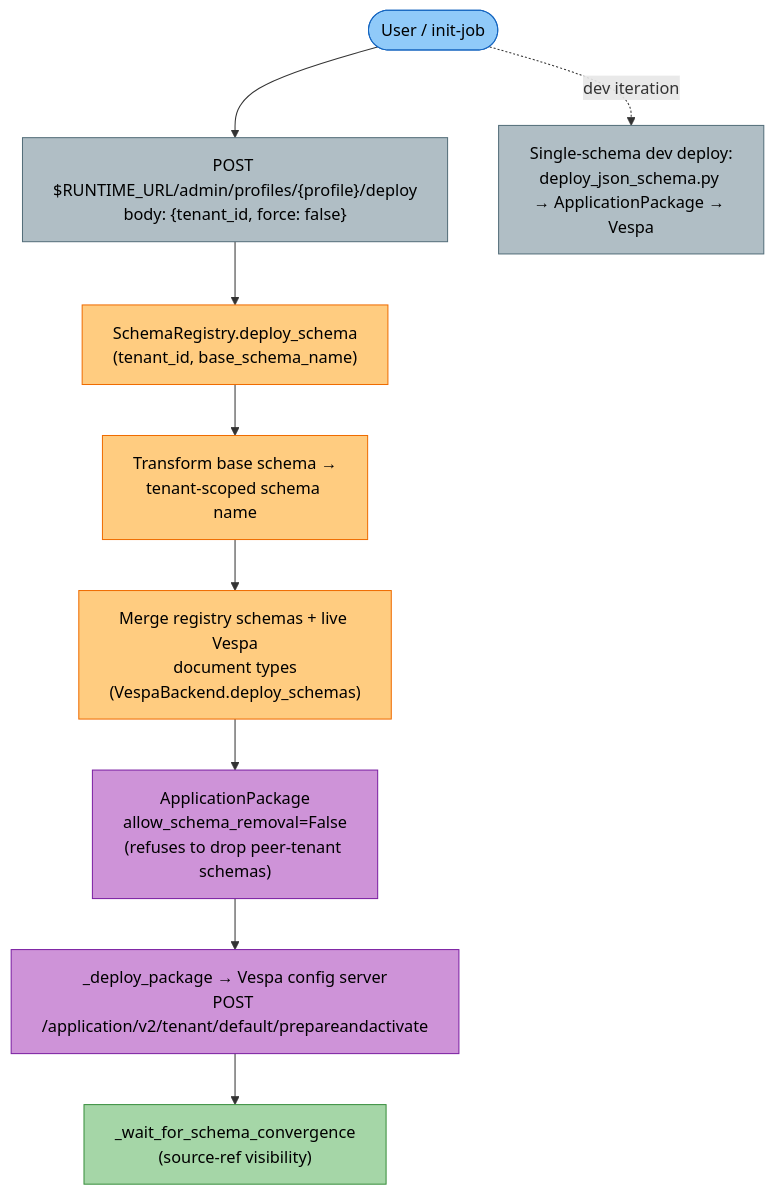
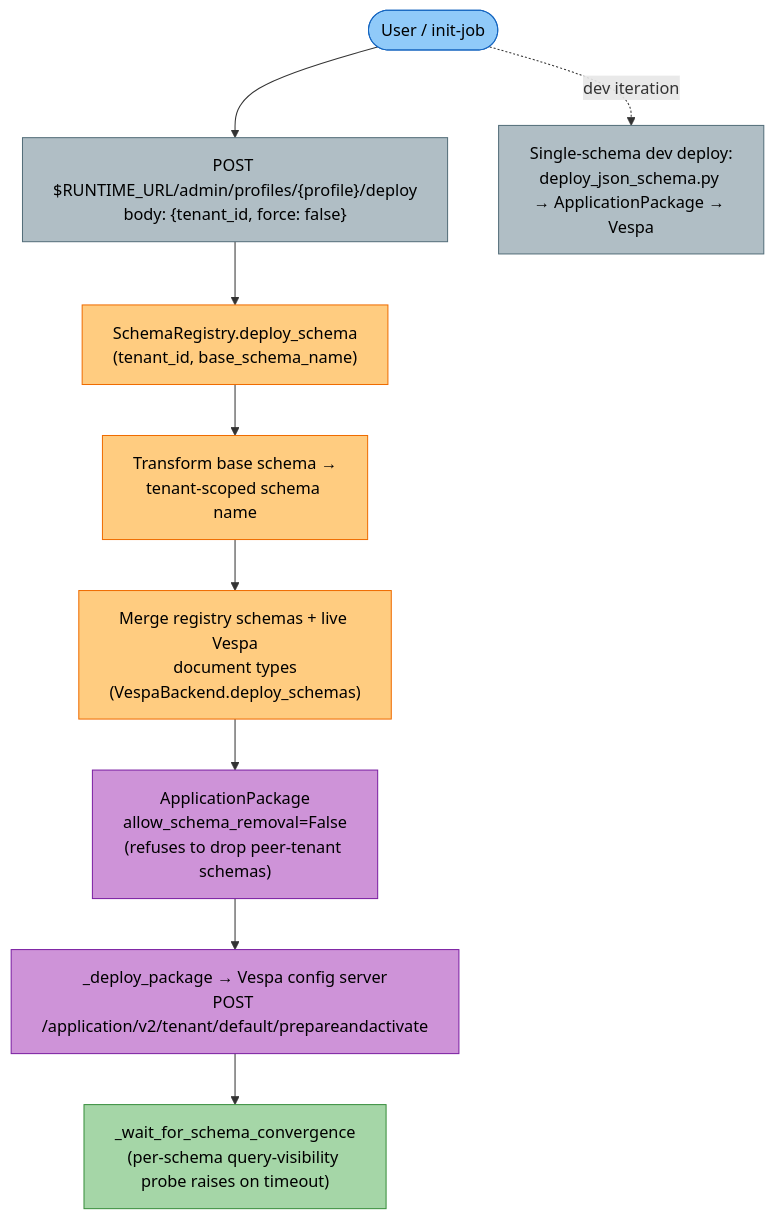
One commit to amit-jain/cogniverse changed the sixth of 8 diagrams in docs/development/scripts-operations.md. Above: the diagram before and after it, drawn with Mermaid. The commit also changed 16 other files, not shown here.

````diff
--- a/docs/development/scripts-operations.md
+++ b/docs/development/scripts-operations.md
@@ -928,25 +928,25 @@
 ```mermaid
 flowchart TB
     Start(["<span style='color:#000'>User / init-job</span>"])
     Post["<span style='color:#000'>POST $RUNTIME_URL/admin/profiles/{profile}/deploy<br/>body: {tenant_id, force: false}</span>"]
     Deploy["<span style='color:#000'>SchemaRegistry.deploy_schema<br/>(tenant_id, base_schema_name)</span>"]
     Transform["<span style='color:#000'>Transform base schema →<br/>tenant-scoped schema name</span>"]
     Merge["<span style='color:#000'>Merge registry schemas + live Vespa<br/>document types<br/>(VespaBackend.deploy_schemas)</span>"]
     Package["<span style='color:#000'>ApplicationPackage<br/>allow_schema_removal=False<br/>(refuses to drop peer-tenant schemas)</span>"]
     VespaDeploy["<span style='color:#000'>_deploy_package → Vespa config server<br/>POST /application/v2/tenant/default/prepareandactivate</span>"]
-    Converge["<span style='color:#000'>_wait_for_schema_convergence<br/>(source-ref visibility)</span>"]
+    Converge["<span style='color:#000'>_wait_for_schema_convergence<br/>(per-schema query-visibility probe; raises on timeout)</span>"]
     DevDeploy["<span style='color:#000'>Single-schema dev deploy:<br/>deploy_json_schema.py → ApplicationPackage → Vespa</span>"]
 
     Start --> Post --> Deploy --> Transform --> Merge --> Package --> VespaDeploy --> Converge
     Start -.->|dev iteration| DevDeploy
 
     style Start fill:#90caf9,stroke:#1565c0,color:#000
     style Post fill:#b0bec5,stroke:#546e7a,color:#000
     style Deploy fill:#ffcc80,stroke:#ef6c00,color:#000
     style Transform fill:#ffcc80,stroke:#ef6c00,color:#000
     style Merge fill:#ffcc80,stroke:#ef6c00,color:#000
     style Package fill:#ce93d8,stroke:#7b1fa2,color:#000
     style VespaDeploy fill:#ce93d8,stroke:#7b1fa2,color:#000
     style Converge fill:#a5d6a7,stroke:#388e3c,color:#000
     style DevDeploy fill:#b0bec5,stroke:#546e7a,color:#000
 ```
````
